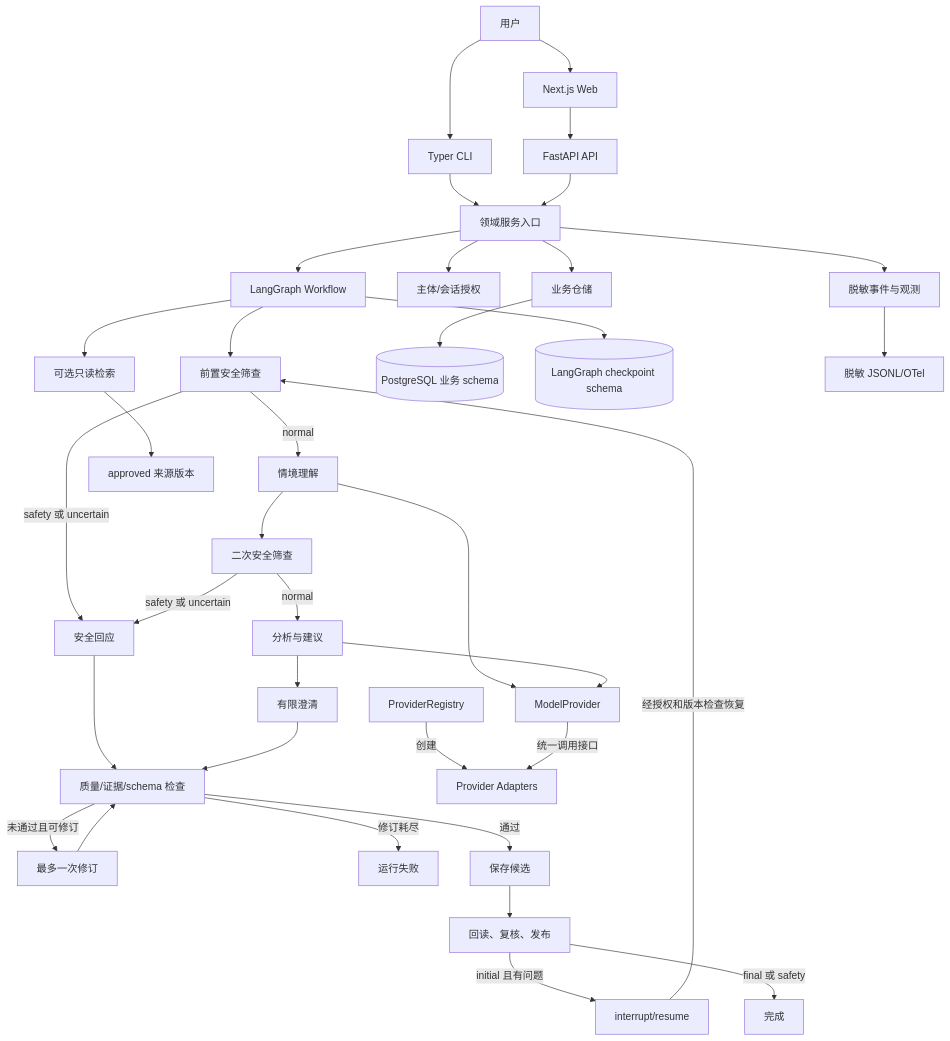
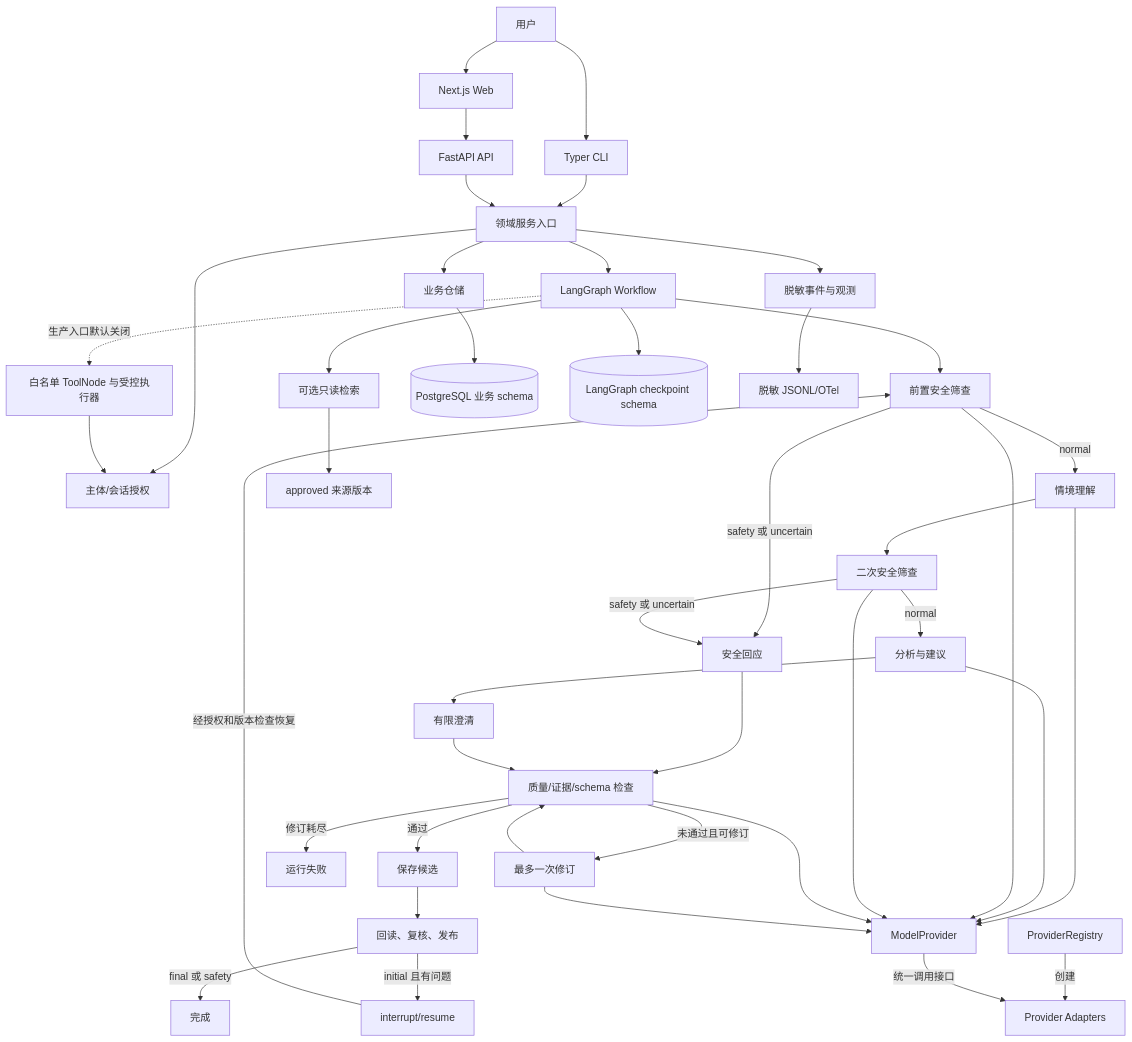
The first of 3 diagrams in doc/C端开发/工程设计说明.md (suberking0212/emora-agent), drawn with Mermaid before and after one commit. The commit also changed other lines of this file and 3 other files, not shown here.

````diff
--- a/doc/C端开发/工程设计说明.md
+++ b/doc/C端开发/工程设计说明.md
@@ -476,38 +531,44 @@
 ```mermaid
 flowchart TB
     U[用户] --> CLI[Typer CLI]
     U --> WEB[Next.js Web]
     CLI --> SVC[领域服务入口]
     WEB --> API[FastAPI API]
     API --> SVC
     SVC --> WF[LangGraph Workflow]
     SVC --> AUTH[主体/会话授权]
     SVC --> REPO[业务仓储]
     SVC --> OBS[脱敏事件与观测]
     WF --> PRE[前置安全筛查]
     PRE -->|normal| CTX[情境理解]
     PRE -->|safety 或 uncertain| SAFE[安全回应]
     CTX --> POST[二次安全筛查]
     POST -->|safety 或 uncertain| SAFE
     POST -->|normal| ANALYZE[分析与建议]
     ANALYZE --> CLARIFY[有限澄清]
     SAFE --> REVIEW[质量/证据/schema 检查]
     CLARIFY --> REVIEW
     REVIEW -->|未通过且可修订| REVISE[最多一次修订]
     REVIEW -->|修订耗尽| FAILED[运行失败]
     REVISE --> REVIEW
     REVIEW -->|通过| PERSIST[保存候选]
     PERSIST --> FINALIZE[回读、复核、发布]
     FINALIZE -->|initial 且有问题| INTERRUPT[interrupt/resume]
     FINALIZE -->|final 或 safety| DONE[完成]
     INTERRUPT -->|经授权和版本检查恢复| PRE
     CTX --> MODEL[ModelProvider]
     ANALYZE --> MODEL
+    PRE --> MODEL
+    POST --> MODEL
+    REVIEW --> MODEL
+    REVISE --> MODEL
+    WF -. 生产入口默认关闭 .-> TOOLS[白名单 ToolNode 与受控执行器]
+    TOOLS --> AUTH
     REG[ProviderRegistry] -->|创建| ADAPTER[Provider Adapters]
     MODEL -->|统一调用接口| ADAPTER
     WF --> RETRIEVAL[可选只读检索]
     RETRIEVAL --> SOURCES[approved 来源版本]
     REPO --> PG[(PostgreSQL 业务 schema)]
     WF --> CP[(LangGraph checkpoint schema)]
     OBS --> EVENTS[脱敏 JSONL/OTel]
 ```
````
